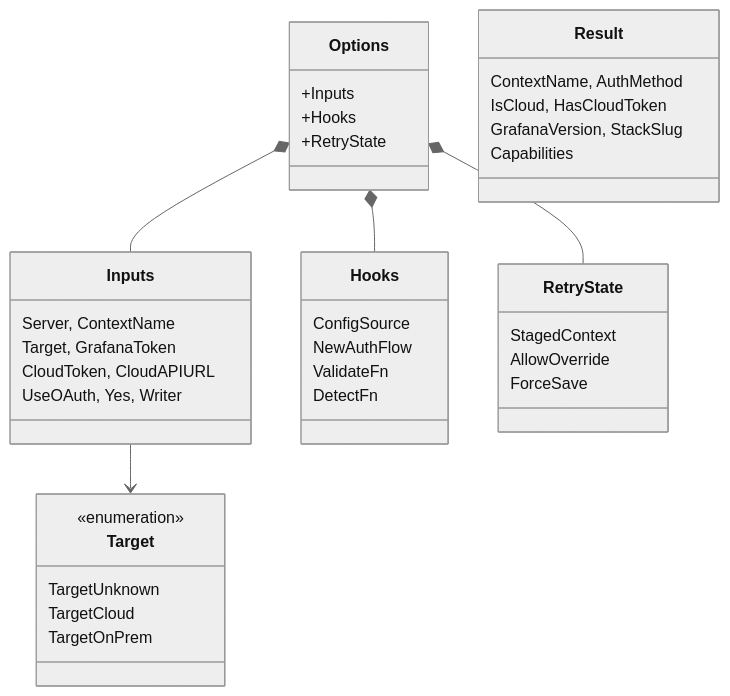
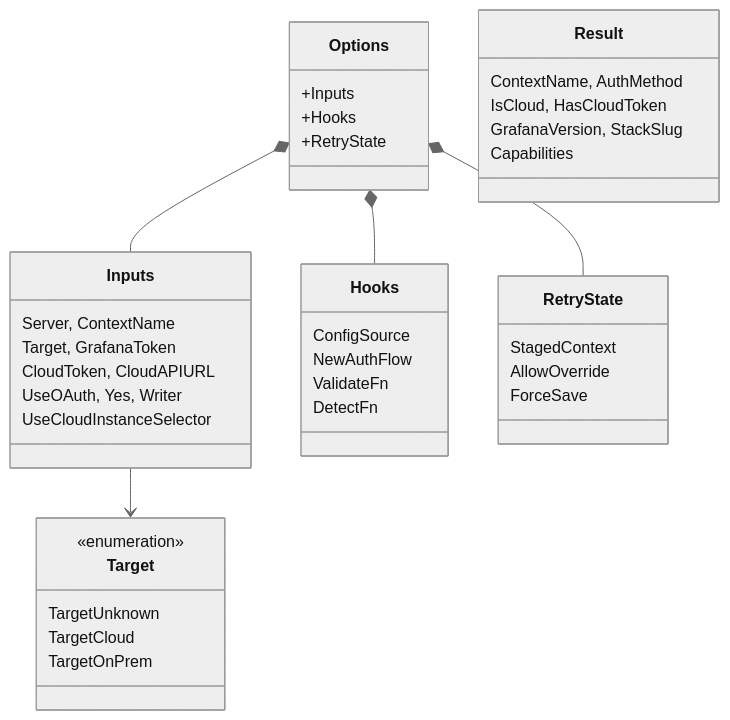
The second of 4 diagrams in docs/architecture/login-system.md (grafana/gcx), drawn with Mermaid (neutral theme) before and after one commit. The commit also changed other lines of this file and 4 other files, not shown here.

Commit message:
fix: re-enable grafana-com instance selector

````diff
--- a/docs/architecture/login-system.md
+++ b/docs/architecture/login-system.md
@@ -37,42 +37,43 @@
 ```mermaid
 classDiagram
     class Options {
         +Inputs
         +Hooks
         +RetryState
     }
     class Inputs {
         Server, ContextName
         Target, GrafanaToken
         CloudToken, CloudAPIURL
         UseOAuth, Yes, Writer
+        UseCloudInstanceSelector
     }
     class Hooks {
         ConfigSource
         NewAuthFlow
         ValidateFn
         DetectFn
     }
     class RetryState {
         StagedContext
         AllowOverride
         ForceSave
     }
     class Target {
         <<enumeration>>
         TargetUnknown
         TargetCloud
         TargetOnPrem
     }
     class Result {
         ContextName, AuthMethod
         IsCloud, HasCloudToken
         GrafanaVersion, StackSlug
         Capabilities
     }
 
     Options *-- Inputs
     Options *-- Hooks
     Options *-- RetryState
     Inputs --> Target
 ```
````
